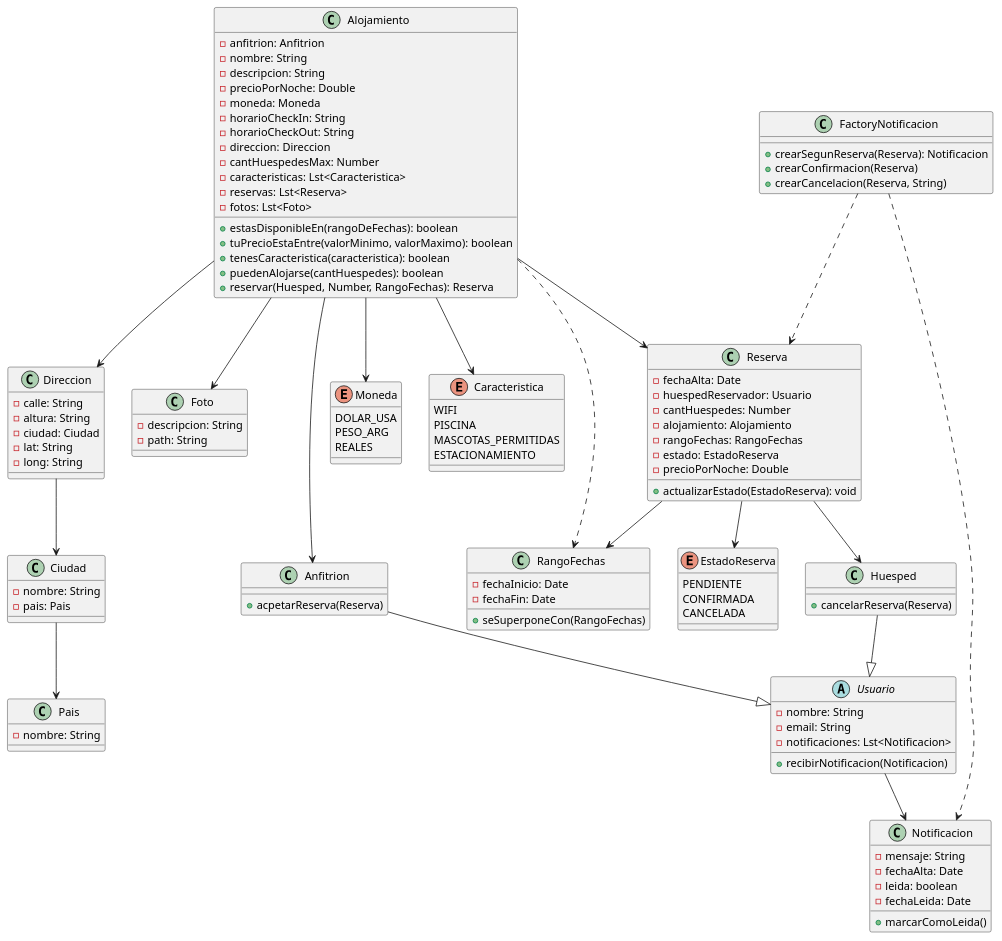
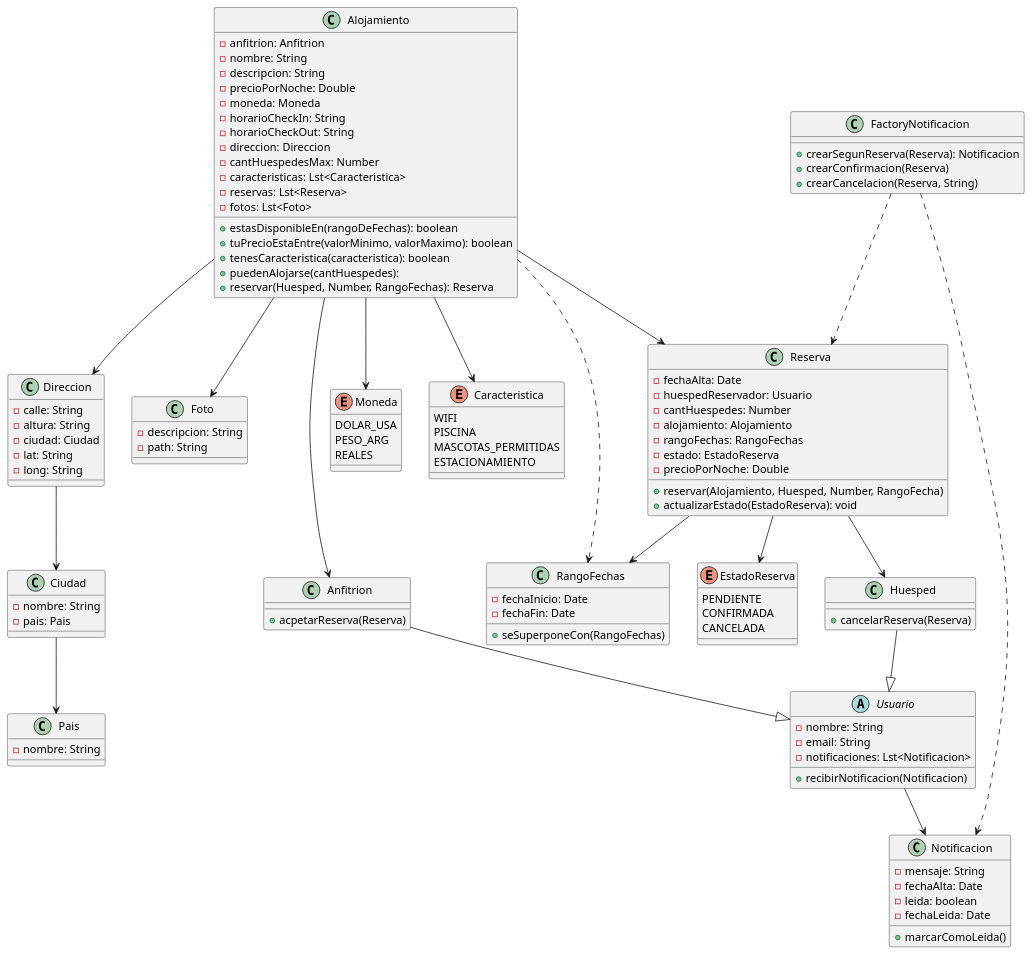
One commit to LautaroPingitore/Tp-Desarrollo-Pagina-Web changed the diagram in recursos/clases.puml. Above: the diagram before and after it, drawn with PlantUML. The commit also changed 8 other files, not shown here.

```diff
--- a/recursos/clases.puml
+++ b/recursos/clases.puml
@@ -1,138 +1,139 @@
 @startuml Birbnb
 
 class Alojamiento {
   - anfitrion: Anfitrion
   - nombre: String
   - descripcion: String
   - precioPorNoche: Double
   - moneda: Moneda
   - horarioCheckIn: String
   - horarioCheckOut: String
   - direccion: Direccion
   - cantHuespedesMax: Number
   - caracteristicas: Lst<Caracteristica>
   - reservas: Lst<Reserva>
   - fotos: Lst<Foto>
 
   + estasDisponibleEn(rangoDeFechas): boolean
   + tuPrecioEstaEntre(valorMinimo, valorMaximo): boolean
   + tenesCaracteristica(caracteristica): boolean
-  + puedenAlojarse(cantHuespedes): boolean
+  + puedenAlojarse(cantHuespedes): 
   + reservar(Huesped, Number, RangoFechas): Reserva
 }
 
 enum Moneda {
     DOLAR_USA
     PESO_ARG
     REALES
 }
 
 enum Caracteristica {
     WIFI
     PISCINA
     MASCOTAS_PERMITIDAS
     ESTACIONAMIENTO
 }
 
 enum EstadoReserva {
     PENDIENTE
     CONFIRMADA
     CANCELADA
 }
 
 class Direccion {
   - calle: String
   - altura: String
   - ciudad: Ciudad
   - lat: String
   - long: String
 }
 
 class Ciudad {
   - nombre: String
   - pais: Pais
 }
 
 class Pais {
   - nombre: String
 }
 
 class Foto {
   - descripcion: String
   - path: String
 }
 
 class Reserva {
   - fechaAlta: Date
   - huespedReservador: Usuario
   - cantHuespedes: Number
   - alojamiento: Alojamiento
   - rangoFechas: RangoFechas
   - estado: EstadoReserva
   - precioPorNoche: Double
 
+  + reservar(Alojamiento, Huesped, Number, RangoFecha)
   + actualizarEstado(EstadoReserva): void
 }
 
 class RangoFechas {
   - fechaInicio: Date
   - fechaFin: Date
 
   + seSuperponeCon(RangoFechas)
 }
 
 class FactoryNotificacion {
   + crearSegunReserva(Reserva): Notificacion
   + crearConfirmacion(Reserva)
   + crearCancelacion(Reserva, String)
 }
 
 class Notificacion {
   - mensaje: String
   - fechaAlta: Date
   - leida: boolean
   - fechaLeida: Date
 
   + marcarComoLeida()
 }
 
 abstract class Usuario {
   - nombre: String
   - email: String
   - notificaciones: Lst<Notificacion>
   
   + recibirNotificacion(Notificacion)
 }
 
 class Anfitrion {
     + acpetarReserva(Reserva)
 }
 
 class Huesped {
     + cancelarReserva(Reserva)
 }
 
 ' Relaciones '
 Usuario --> Notificacion
 Anfitrion --|> Usuario
 Huesped --|> Usuario
 
 Alojamiento --> Direccion
 Alojamiento --> Foto
 Alojamiento --> Reserva
 Alojamiento --> Anfitrion
 Alojamiento ..> RangoFechas
 Alojamiento --> Moneda
 Alojamiento --> Caracteristica
 
 Direccion --> Ciudad
 Ciudad --> Pais
 
 Reserva --> Huesped
 Reserva --> RangoFechas
 Reserva --> EstadoReserva
 
 FactoryNotificacion ..> Notificacion
 FactoryNotificacion ..> Reserva
 
 @enduml
```
